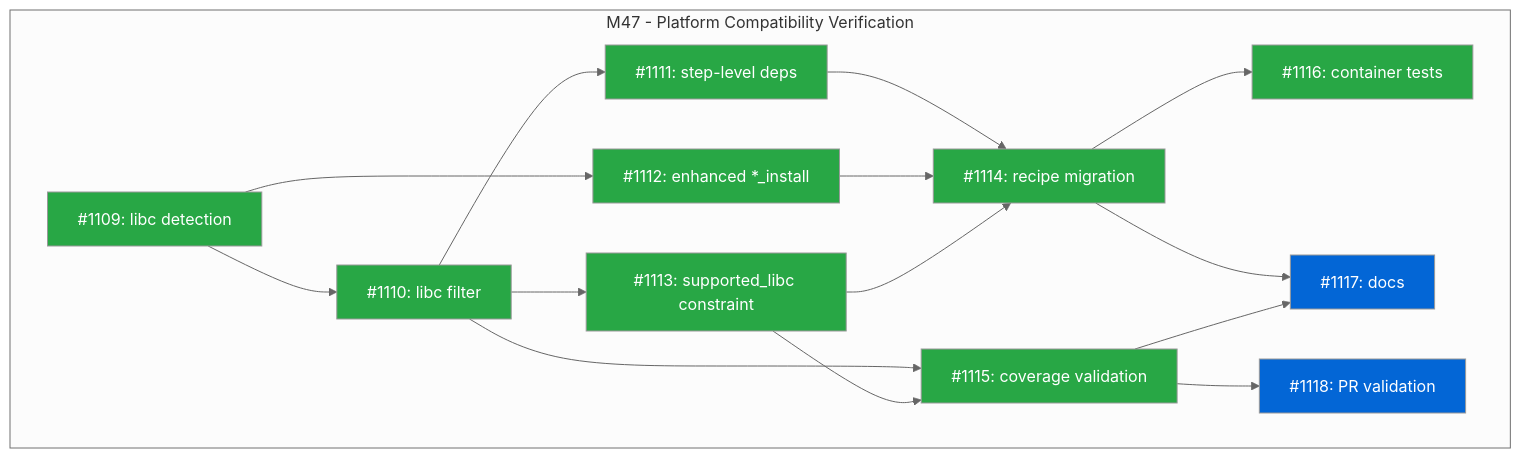
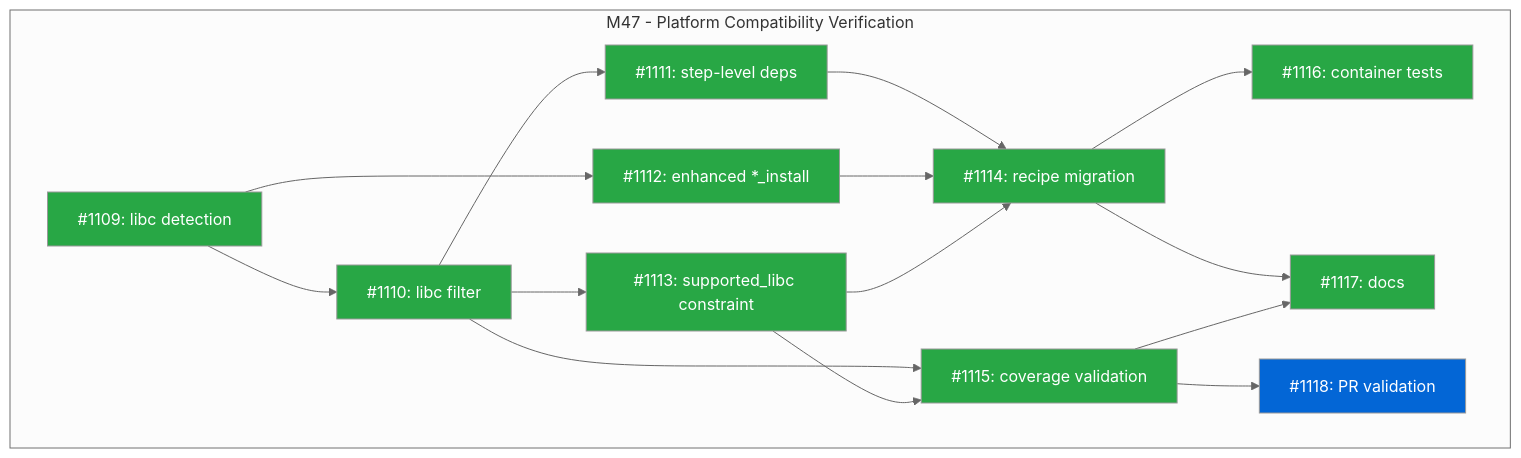
Before and after one commit to tsukumogami/tsuku: the diagram in docs/designs/DESIGN-platform-compatibility-verification.md, drawn with Mermaid (neutral theme).

Commit message:
docs(platform): mark issue #1117 as done

````diff
--- a/docs/designs/DESIGN-platform-compatibility-verification.md
+++ b/docs/designs/DESIGN-platform-compatibility-verification.md
@@ -29,34 +29,34 @@
 ```mermaid
 graph TD
     subgraph "M47 - Platform Compatibility Verification"
         I1109["#1109: libc detection"]:::done
         I1110["#1110: libc filter"]:::done
         I1111["#1111: step-level deps"]:::done
         I1112["#1112: enhanced *_install"]:::done
         I1113["#1113: supported_libc constraint"]:::done
         I1114["#1114: recipe migration"]:::done
         I1115["#1115: coverage validation"]:::done
         I1116["#1116: container tests"]:::done
-        I1117["#1117: docs"]:::ready
+        I1117["#1117: docs"]:::done
         I1118["#1118: PR validation"]:::ready
 
         I1109 --> I1110
         I1109 --> I1112
         I1110 --> I1111
         I1110 --> I1113
         I1110 --> I1115
         I1111 --> I1114
         I1112 --> I1114
         I1113 --> I1114
         I1113 --> I1115
         I1114 --> I1116
         I1114 --> I1117
         I1115 --> I1117
         I1115 --> I1118
     end
 
     classDef done fill:#28a745,color:#fff
     classDef ready fill:#0366d6,color:#fff
     classDef blocked fill:#ffc107,color:#000
     classDef needsDesign fill:#6f42c1,color:#fff
 ```
````
